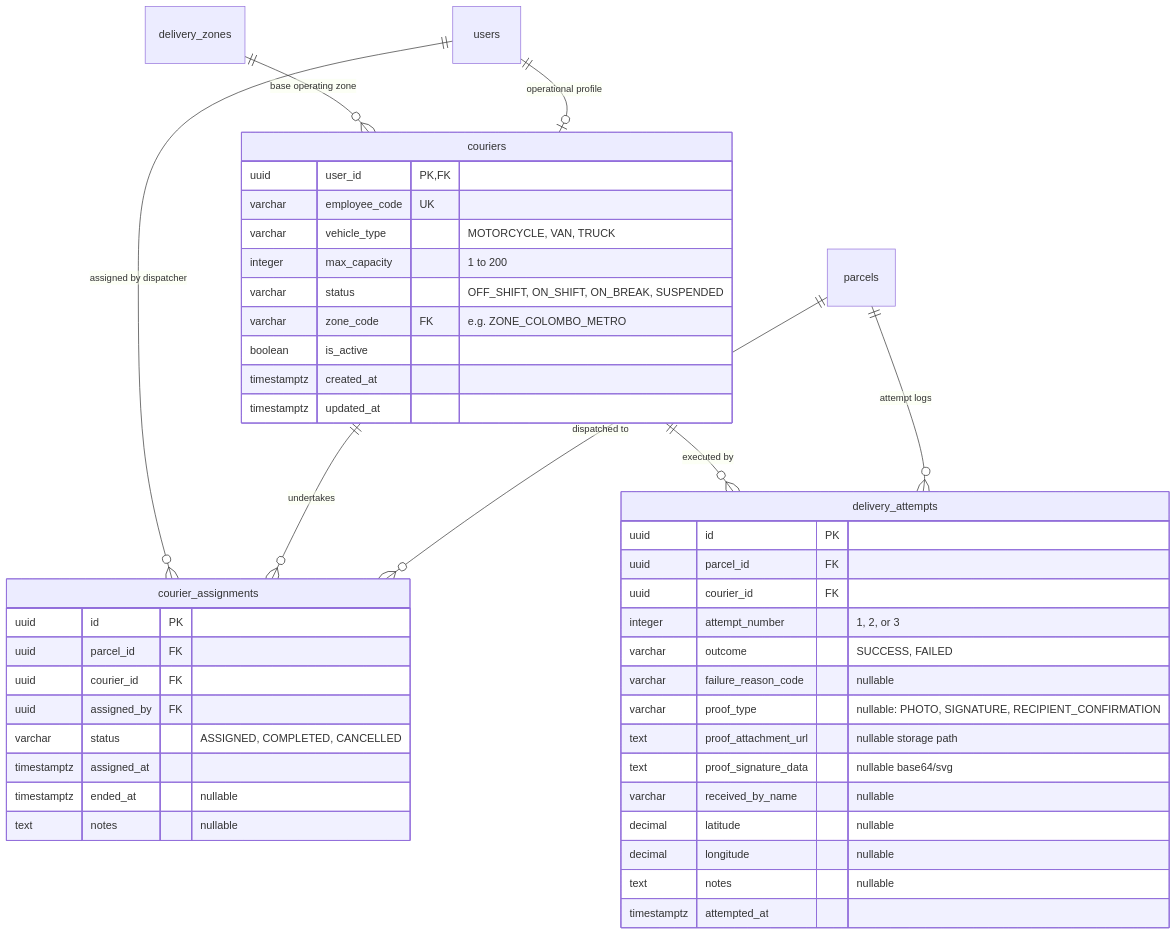
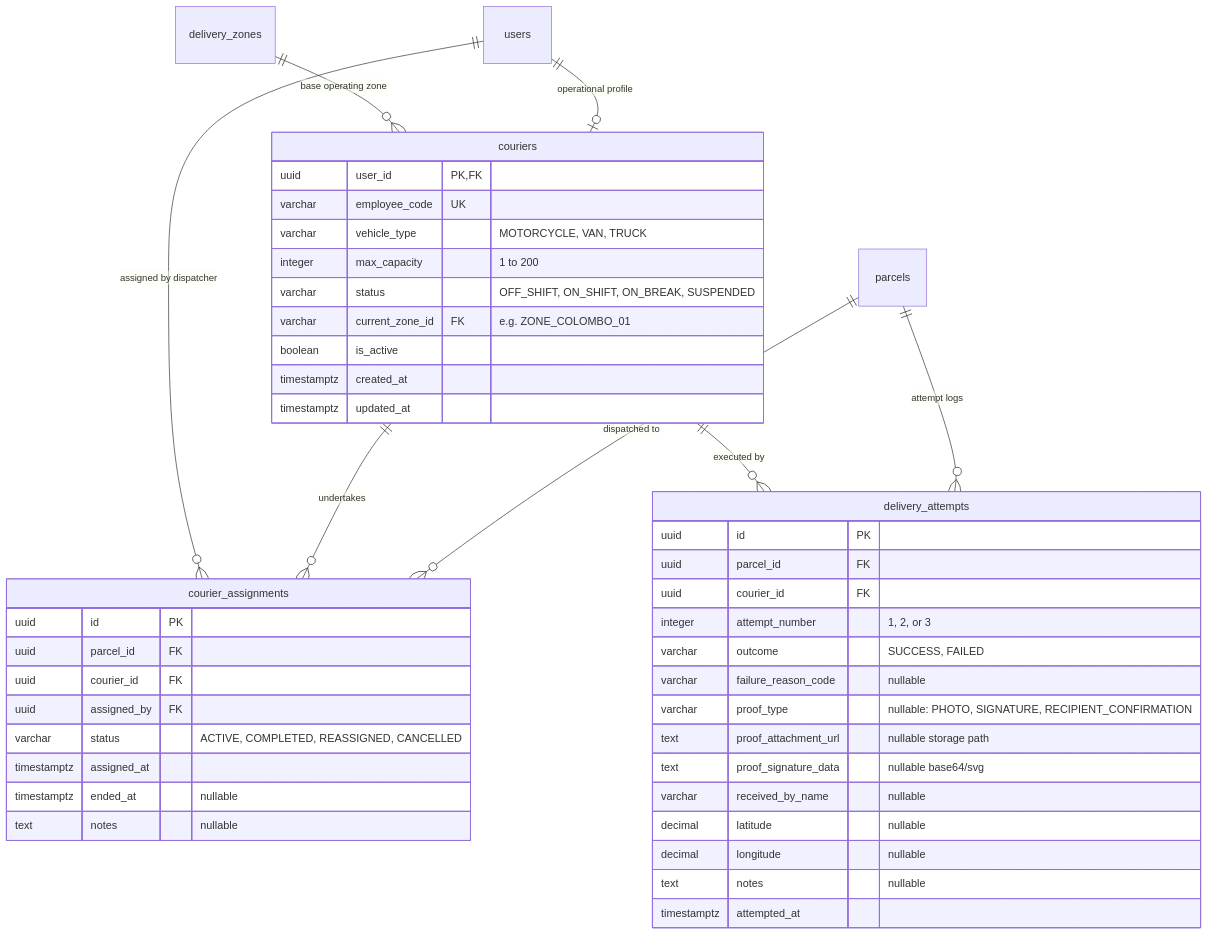
The diagram in docs/drafts/member-03-dispatch-delivery/doc-05-data-and-persistence.md (phantomTroupeEAD/SwiftDrop), drawn with Mermaid before and after one commit. The commit also changed other lines of this file and 11 other files, not shown here.

````diff
--- a/docs/drafts/member-03-dispatch-delivery/doc-05-data-and-persistence.md
+++ b/docs/drafts/member-03-dispatch-delivery/doc-05-data-and-persistence.md
@@ -27,50 +29,50 @@
 ```mermaid
 erDiagram
     users ||--o| couriers : "operational profile"
     delivery_zones ||--o{ couriers : "base operating zone"
     parcels ||--o{ courier_assignments : "dispatched to"
     couriers ||--o{ courier_assignments : "undertakes"
     users ||--o{ courier_assignments : "assigned by dispatcher"
     parcels ||--o{ delivery_attempts : "attempt logs"
     couriers ||--o{ delivery_attempts : "executed by"
 
     couriers {
         uuid user_id PK,FK
         varchar employee_code UK
         varchar vehicle_type "MOTORCYCLE, VAN, TRUCK"
         integer max_capacity "1 to 200"
         varchar status "OFF_SHIFT, ON_SHIFT, ON_BREAK, SUSPENDED"
-        varchar zone_code FK "e.g. ZONE_COLOMBO_METRO"
+        varchar current_zone_id FK "e.g. ZONE_COLOMBO_01"
         boolean is_active
         timestamptz created_at
         timestamptz updated_at
     }
 
     courier_assignments {
         uuid id PK
         uuid parcel_id FK
         uuid courier_id FK
         uuid assigned_by FK
-        varchar status "ASSIGNED, COMPLETED, CANCELLED"
+        varchar status "ACTIVE, COMPLETED, REASSIGNED, CANCELLED"
         timestamptz assigned_at
         timestamptz ended_at "nullable"
         text notes "nullable"
     }
 
     delivery_attempts {
         uuid id PK
         uuid parcel_id FK
         uuid courier_id FK
         integer attempt_number "1, 2, or 3"
         varchar outcome "SUCCESS, FAILED"
         varchar failure_reason_code "nullable"
         varchar proof_type "nullable: PHOTO, SIGNATURE, RECIPIENT_CONFIRMATION"
         text proof_attachment_url "nullable storage path"
         text proof_signature_data "nullable base64/svg"
         varchar received_by_name "nullable"
         decimal latitude "nullable"
         decimal longitude "nullable"
         text notes "nullable"
         timestamptz attempted_at
     }
 ```
````
